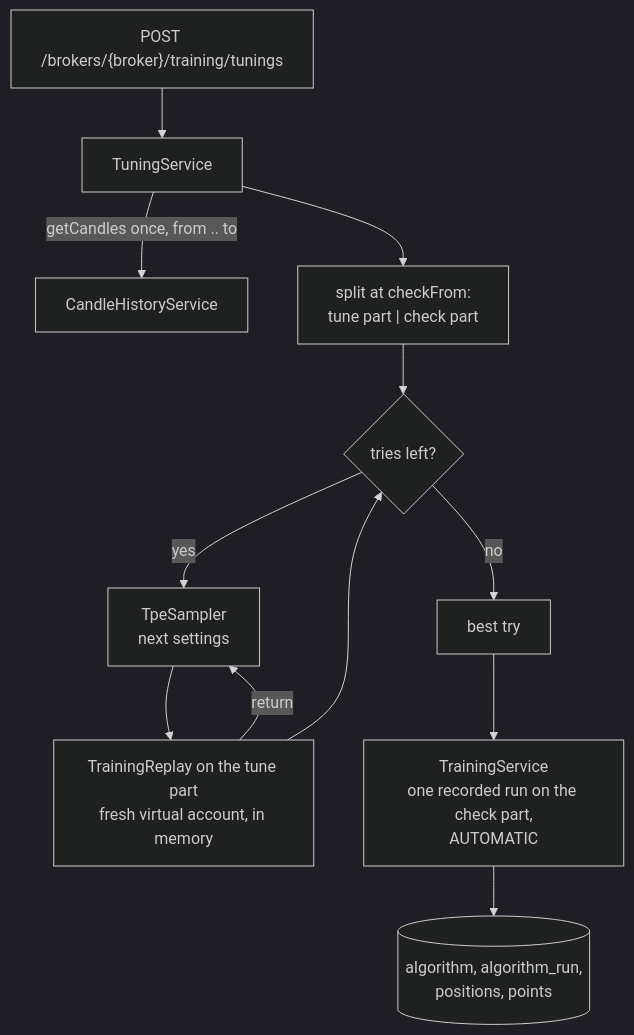
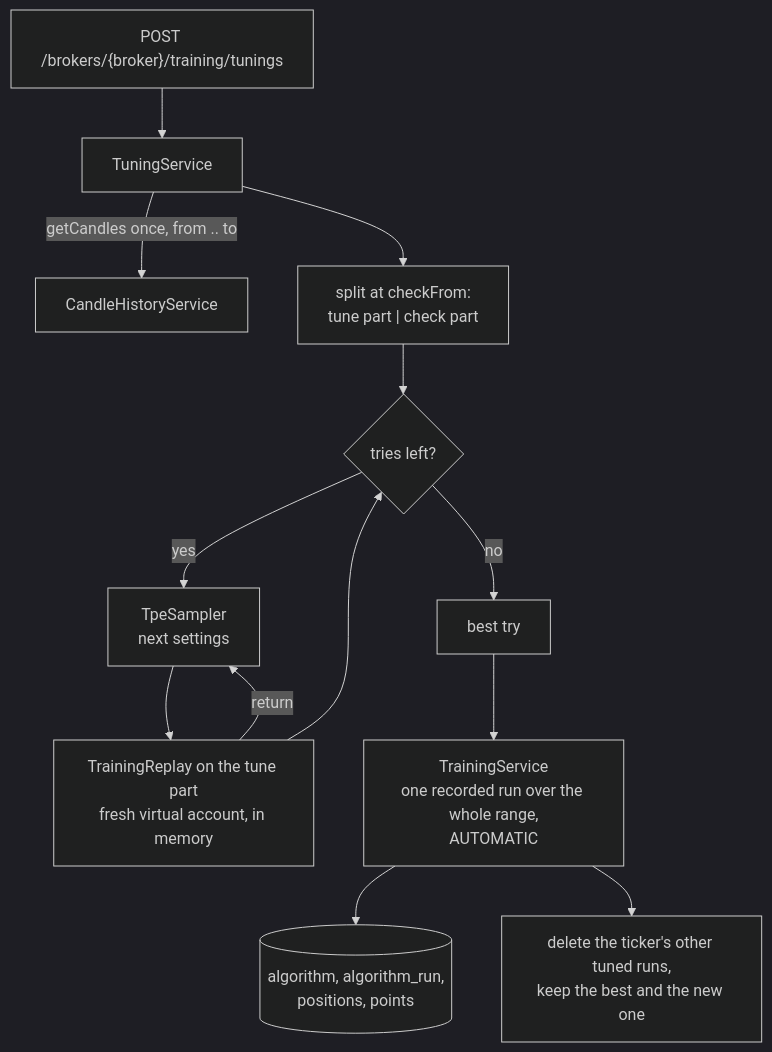
One commit to ShadowOfDiablo/t212-coding-task changed diagram 31 of 33 in docs/ARCHITECTURE.md. Above: the diagram before and after it, drawn with Mermaid (dark theme). The commit also changed other lines of this file and 1 other file, not shown here.

Commit message:
Bring the README and the architecture doc up to date (#69)

````diff
--- a/docs/ARCHITECTURE.md
+++ b/docs/ARCHITECTURE.md
@@ -1482,14 +1491,15 @@
 ```mermaid
 flowchart TD
     Ui["POST /brokers/{broker}/training/tunings"] --> Tune["TuningService"]
     Tune -- "getCandles once, from .. to" --> Hist["CandleHistoryService"]
     Tune --> Split["split at checkFrom:<br/>tune part | check part"]
     Split --> Loop{"tries left?"}
     Loop -- yes --> Sampler["TpeSampler<br/>next settings"]
     Sampler --> Replay["TrainingReplay on the tune part<br/>fresh virtual account, in memory"]
     Replay -- "return" --> Sampler
     Replay --> Loop
     Loop -- no --> Best["best try"]
-    Best --> Record["TrainingService<br/>one recorded run on the check part,<br/>AUTOMATIC"]
+    Best --> Record["TrainingService<br/>one recorded run over the whole range,<br/>AUTOMATIC"]
     Record --> Db[("algorithm, algorithm_run,<br/>positions, points")]
+    Record --> Prune["delete the ticker's other tuned runs,<br/>keep the best and the new one"]
 ```
````
